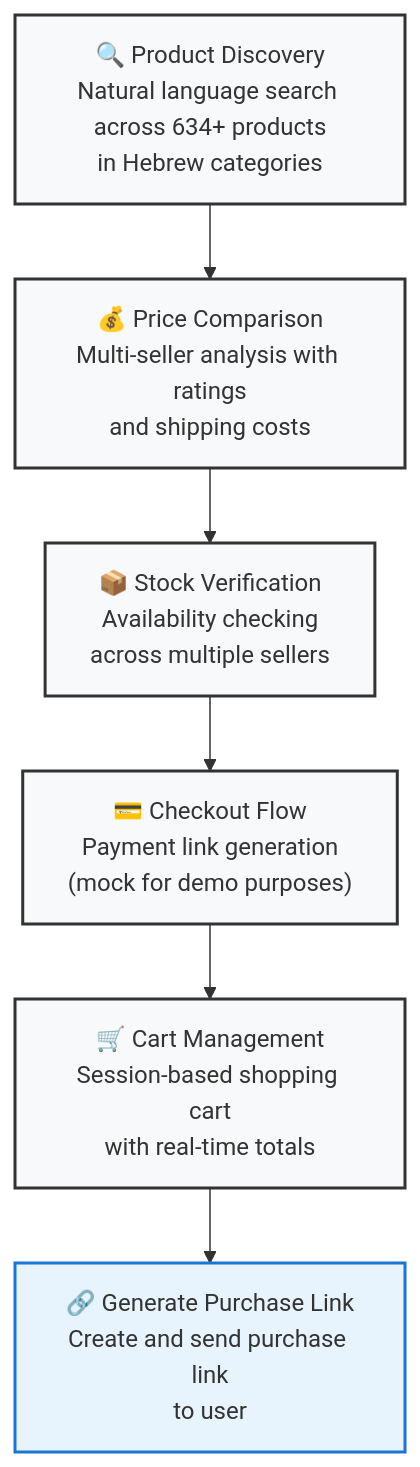
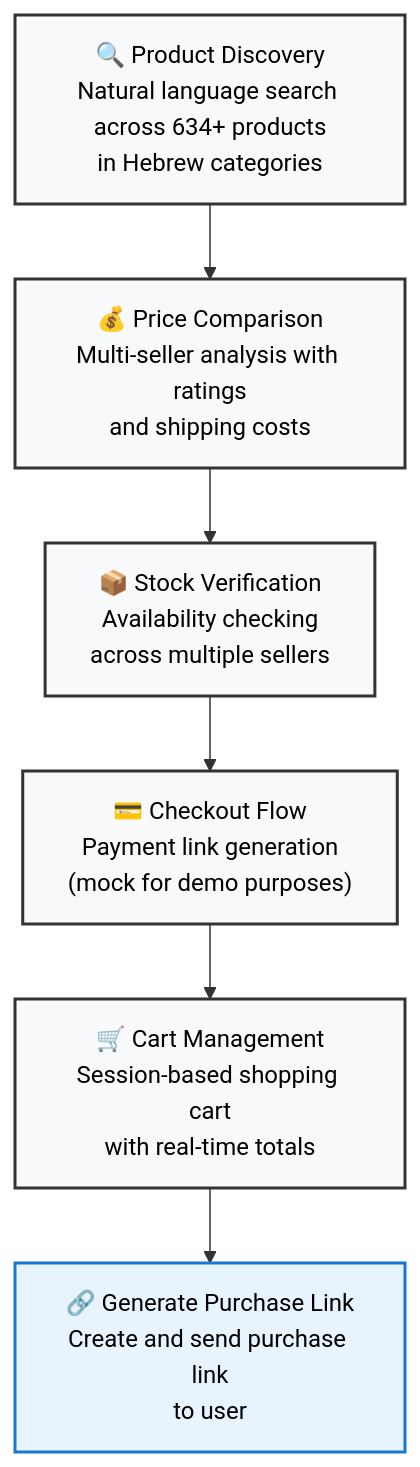
One commit to tamirblu/Zap-Assignment changed the diagram in README.md. Above: the diagram before and after it, drawn with Mermaid. The commit also changed other lines of this file, not shown here.

Commit message:
- Modified payment link generation logic to clear the cart after a payment link is created, ensuring a clean state for subsequent transactions.

````diff
--- a/README.md
+++ b/README.md
@@ -17,19 +17,19 @@
 ```mermaid
 flowchart TD
     A["🔍 Product Discovery<br/>Natural language search across 634+ products<br/>in Hebrew categories"] --> B["💰 Price Comparison<br/>Multi-seller analysis with ratings<br/>and shipping costs"]
     
     B --> C["📦 Stock Verification<br/>Availability checking<br/>across multiple sellers"]
     
     C --> D["💳 Checkout Flow<br/>Payment link generation<br/>(mock for demo purposes)"]
     
     D --> E["🛒 Cart Management<br/>Session-based shopping cart<br/>with real-time totals"]
     
     E --> F["🔗 Generate Purchase Link<br/>Create and send purchase link<br/>to user"]
     
-    style A fill:#f8f9fa,stroke:#333,stroke-width:2px
-    style B fill:#f8f9fa,stroke:#333,stroke-width:2px
-    style C fill:#f8f9fa,stroke:#333,stroke-width:2px
-    style D fill:#f8f9fa,stroke:#333,stroke-width:2px
-    style E fill:#f8f9fa,stroke:#333,stroke-width:2px
-    style F fill:#e8f4fd,stroke:#1976d2,stroke-width:2px
+    style A fill:#f8f9fa,stroke:#333,stroke-width:2px,color:#000
+    style B fill:#f8f9fa,stroke:#333,stroke-width:2px,color:#000
+    style C fill:#f8f9fa,stroke:#333,stroke-width:2px,color:#000
+    style D fill:#f8f9fa,stroke:#333,stroke-width:2px,color:#000
+    style E fill:#f8f9fa,stroke:#333,stroke-width:2px,color:#000
+    style F fill:#e8f4fd,stroke:#1976d2,stroke-width:2px,color:#000
 ```
````
